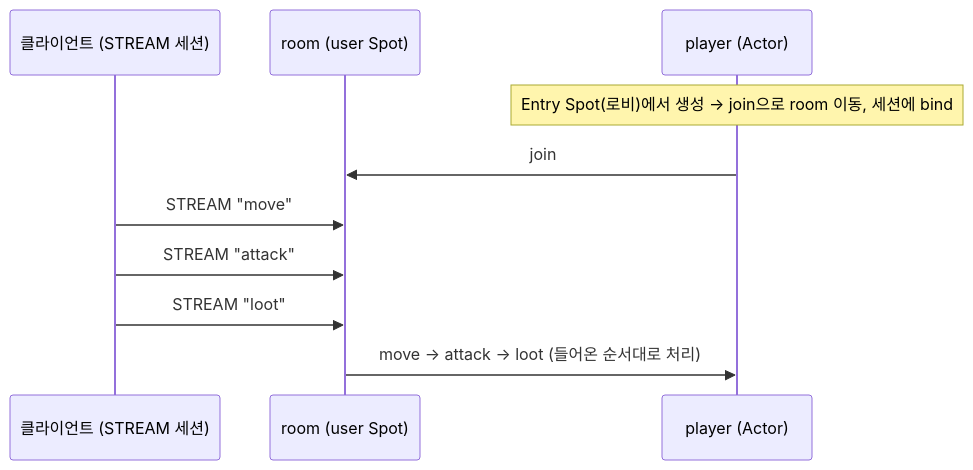
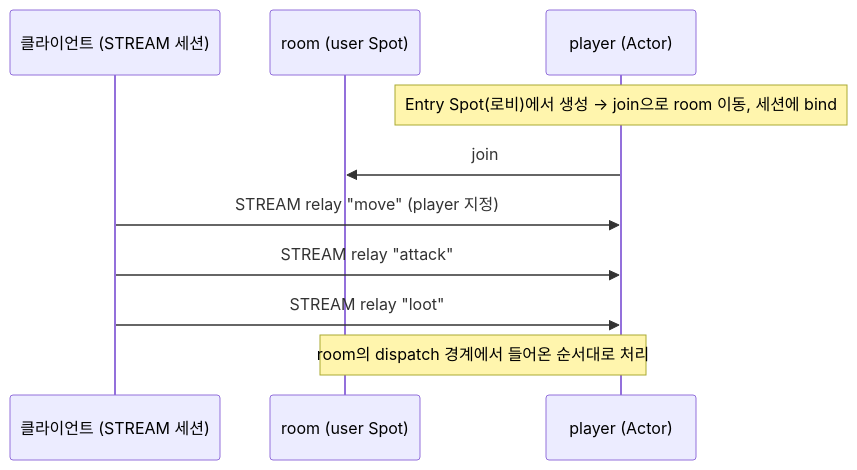
The second of 2 diagrams in doc/site/docs/guide/07-4-actor.ko.md (kairos-code-dev/zlink), drawn with Mermaid before and after one commit. The commit also changed other lines of this file, not shown here.

````diff
--- a/doc/site/docs/guide/07-4-actor.ko.md
+++ b/doc/site/docs/guide/07-4-actor.ko.md
@@ -121,13 +120,13 @@
 ```mermaid
 sequenceDiagram
     participant C as 클라이언트 (STREAM 세션)
     participant R as room (user Spot)
     participant A as player (Actor)
 
     Note over A: Entry Spot(로비)에서 생성 → join으로 room 이동, 세션에 bind
     A->>R: join
-    C->>R: STREAM "move"
-    C->>R: STREAM "attack"
-    C->>R: STREAM "loot"
-    R->>A: move → attack → loot (들어온 순서대로 처리)
+    C->>A: STREAM relay "move" (player 지정)
+    C->>A: STREAM relay "attack"
+    C->>A: STREAM relay "loot"
+    Note over A,R: room의 dispatch 경계에서 들어온 순서대로 처리
 ```
````
